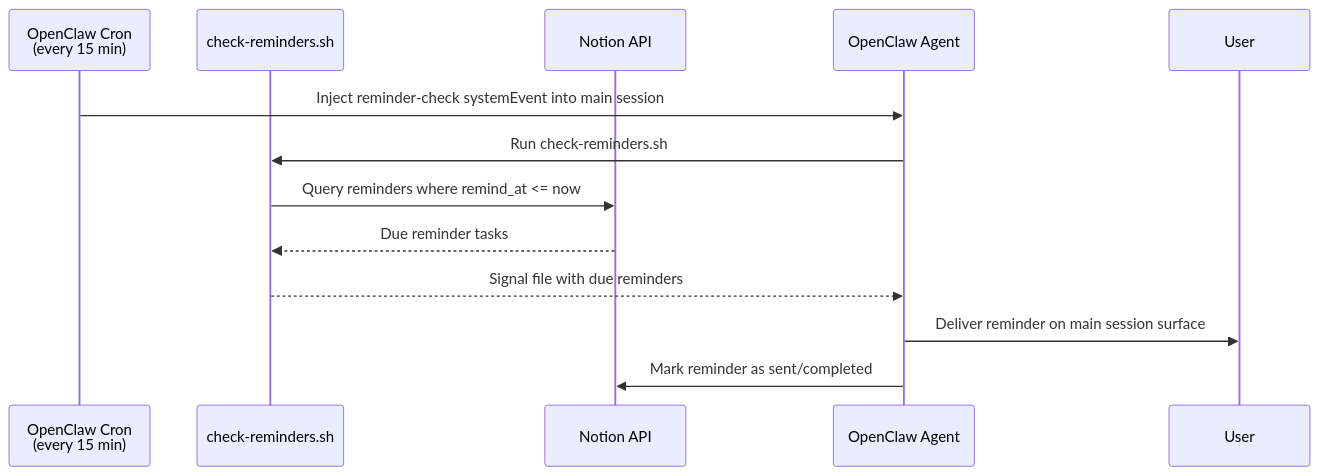
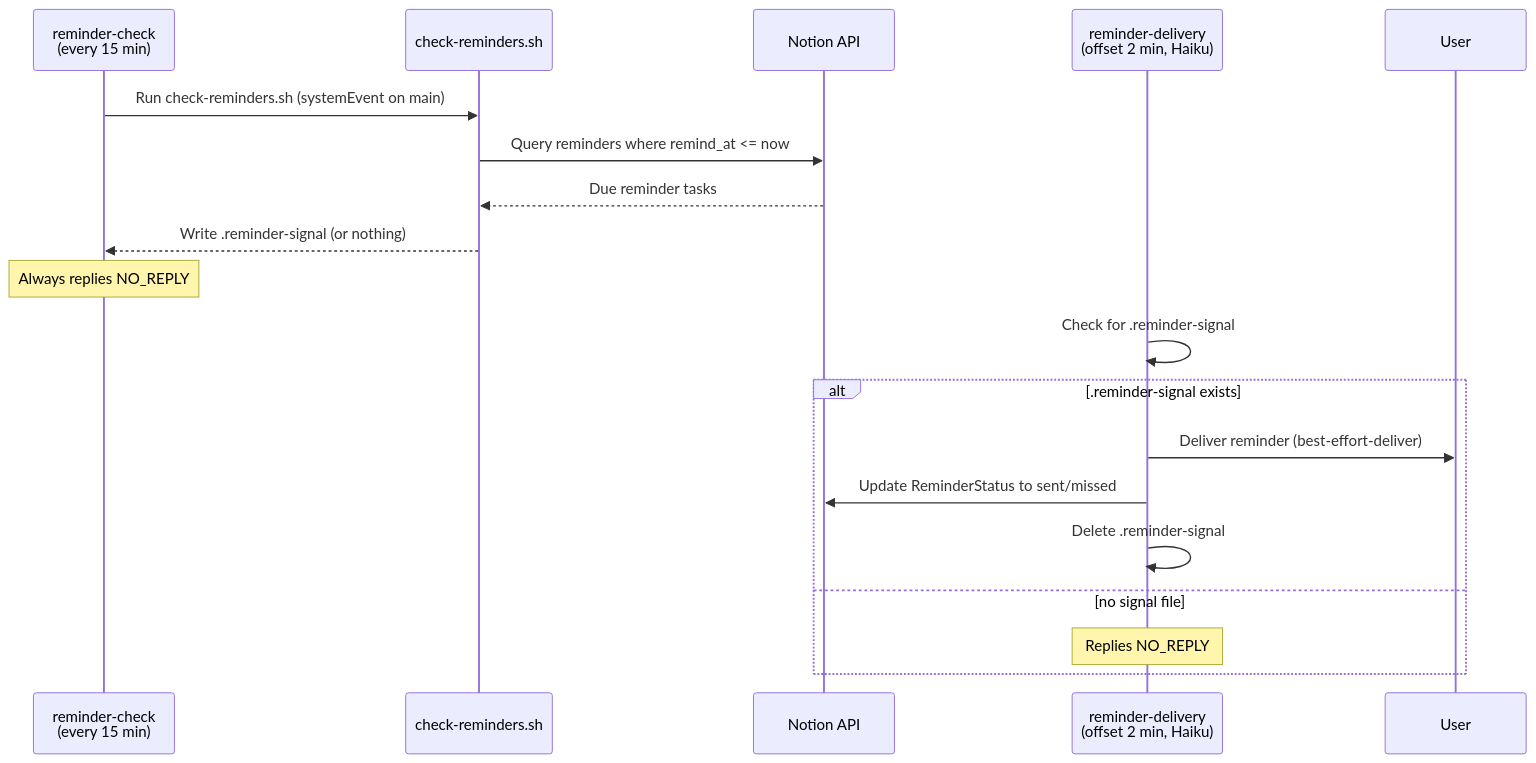
Before and after one commit to NickBorgersProbably/hide-my-list: the fifth of 6 diagrams in docs/architecture.md, drawn with Mermaid. The commit also changed other lines of this file and 12 other files, not shown here.

First line of the commit message:
Split reminder-check into procedural polling and agentic delivery

````diff
--- a/docs/architecture.md
+++ b/docs/architecture.md
@@ -198,16 +198,22 @@
 ```mermaid
 sequenceDiagram
-    participant Cron as OpenClaw Cron<br/>(every 15 min)
+    participant CheckCron as reminder-check<br/>(every 15 min)
     participant Script as check-reminders.sh
     participant Notion as Notion API
-    participant Agent as OpenClaw Agent
+    participant DeliverCron as reminder-delivery<br/>(offset 2 min, Haiku)
     participant User
 
-    Cron->>Agent: Inject reminder-check systemEvent into main session
-    Agent->>Script: Run check-reminders.sh
+    CheckCron->>Script: Run check-reminders.sh (systemEvent on main)
     Script->>Notion: Query reminders where remind_at <= now
     Notion-->>Script: Due reminder tasks
-    Script-->>Agent: Signal file with due reminders
-    Agent->>User: Deliver reminder on main session surface
-    Agent->>Notion: Mark reminder as sent/completed
+    Script-->>CheckCron: Write .reminder-signal (or nothing)
+    Note over CheckCron: Always replies NO_REPLY
+    DeliverCron->>DeliverCron: Check for .reminder-signal
+    alt .reminder-signal exists
+        DeliverCron->>User: Deliver reminder (best-effort-deliver)
+        DeliverCron->>Notion: Update ReminderStatus to sent/missed
+        DeliverCron->>DeliverCron: Delete .reminder-signal
+    else no signal file
+        Note over DeliverCron: Replies NO_REPLY
+    end
 ```
````
